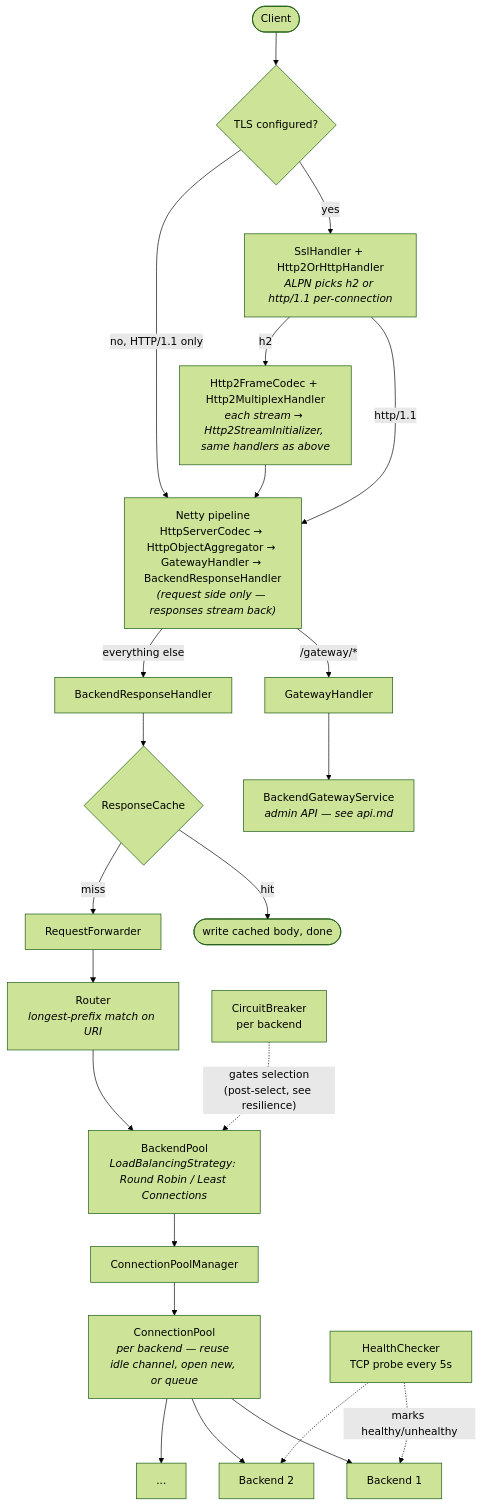
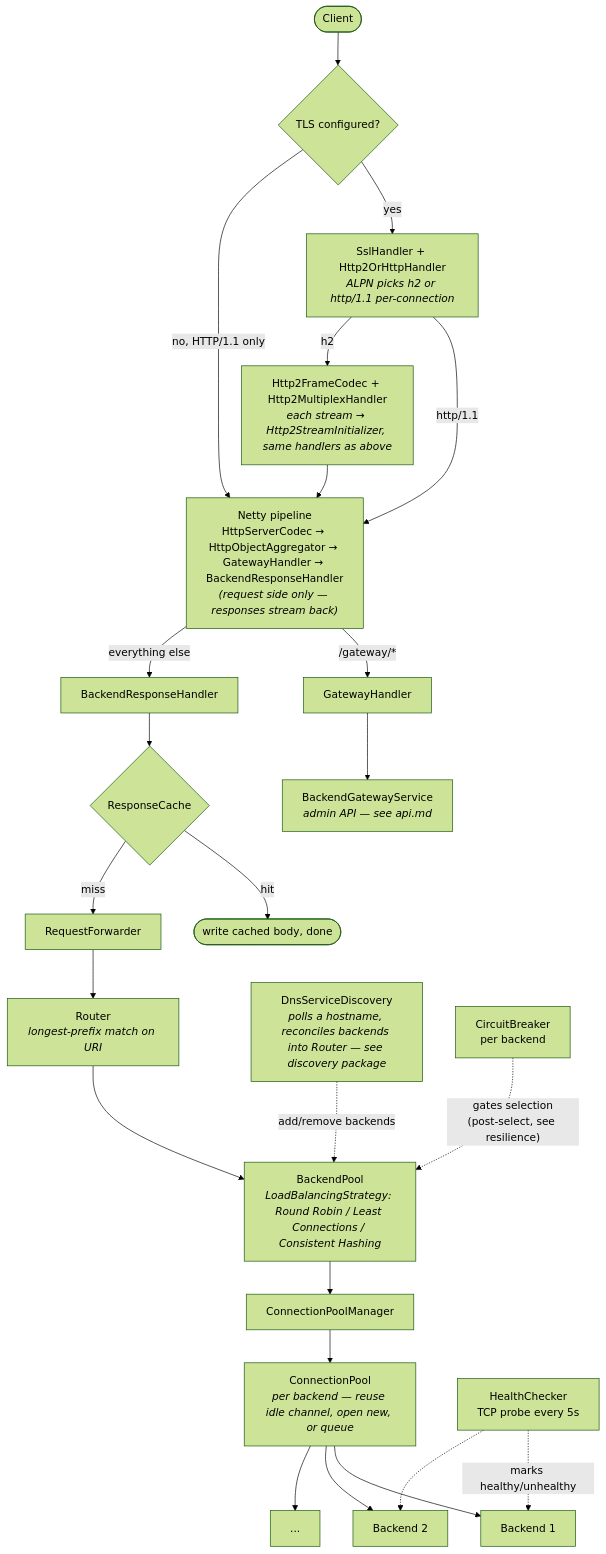
Before and after one commit to VuH0ngQuang/JavaApiGateway: the diagram in docs/architecture.md, drawn with Mermaid (forest theme). The commit also changed other lines of this file and 2 other files, not shown here.

````diff
--- a/docs/architecture.md
+++ b/docs/architecture.md
@@ -3,35 +3,37 @@
 ```mermaid
 flowchart TD
     Client([Client])
     TLS{TLS configured?}
     ALPN["SslHandler + Http2OrHttpHandler<br/><i>ALPN picks h2 or http/1.1 per-connection</i>"]
     Pipe["Netty pipeline<br/>HttpServerCodec → HttpObjectAggregator → GatewayHandler → BackendResponseHandler<br/><i>(request side only — responses stream back)</i>"]
     Client --> TLS
     TLS -->|yes| ALPN
     TLS -->|no, HTTP/1.1 only| Pipe
     ALPN -->|http/1.1| Pipe
     ALPN -->|h2| H2["Http2FrameCodec + Http2MultiplexHandler<br/><i>each stream → Http2StreamInitializer, same handlers as above</i>"]
     H2 --> Pipe
 
     Pipe -->|"/gateway/*"| GH[GatewayHandler]
     GH --> BGS["BackendGatewayService<br/><i>admin API — see api.md</i>"]
 
     Pipe -->|"everything else"| BRH[BackendResponseHandler]
     BRH --> RC{ResponseCache}
     RC -->|hit| Done([write cached body, done])
     RC -->|miss| RF[RequestForwarder]
 
     RF --> Router["Router<br/><i>longest-prefix match on URI</i>"]
-    Router --> BP["BackendPool<br/><i>LoadBalancingStrategy: Round Robin / Least Connections</i>"]
+    Router --> BP["BackendPool<br/><i>LoadBalancingStrategy: Round Robin / Least Connections / Consistent Hashing</i>"]
+
+    DNS["DnsServiceDiscovery<br/><i>polls a hostname, reconciles backends into Router — see discovery package</i>"] -.->|add/remove backends| BP
 
     BP --> CPM[ConnectionPoolManager]
     CPM --> CP1["ConnectionPool<br/><i>per backend — reuse idle channel, open new, or queue</i>"]
 
     CP1 --> B1[Backend 1]
     CP1 --> B2[Backend 2]
     CP1 --> B3[...]
 
     CB["CircuitBreaker<br/>per backend"] -.->|"gates selection<br/>(post-select, see resilience)"| BP
     HC["HealthChecker<br/>TCP probe every 5s"] -.->|marks healthy/unhealthy| B1
     HC -.-> B2
 ```
````
